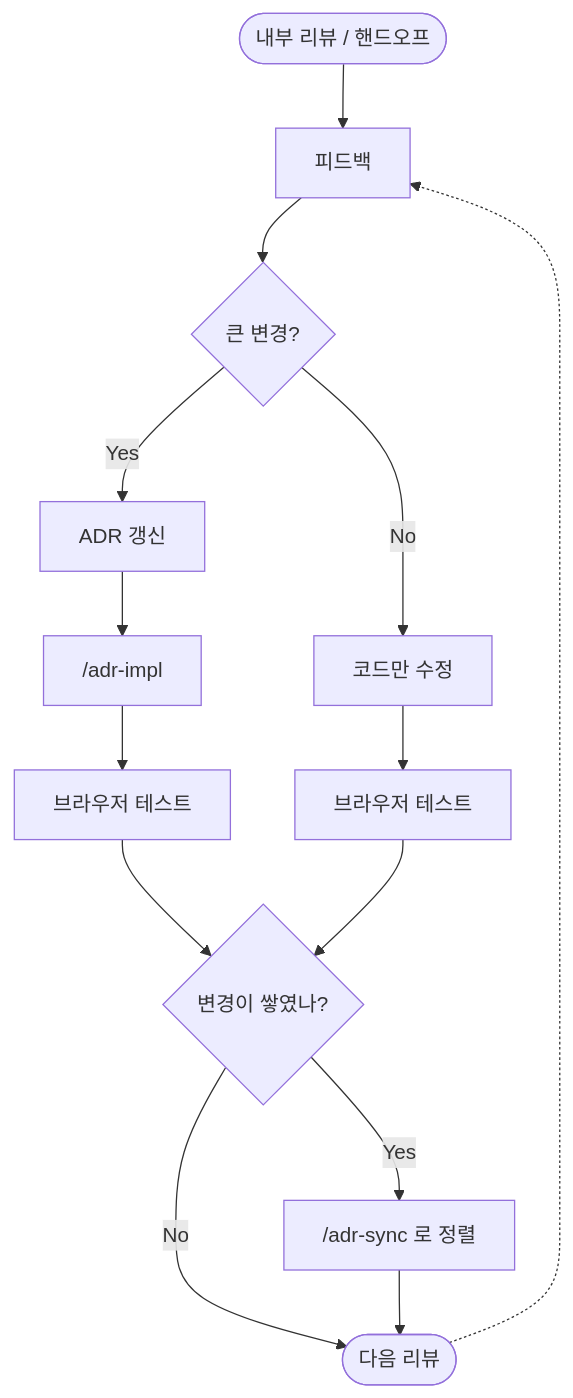
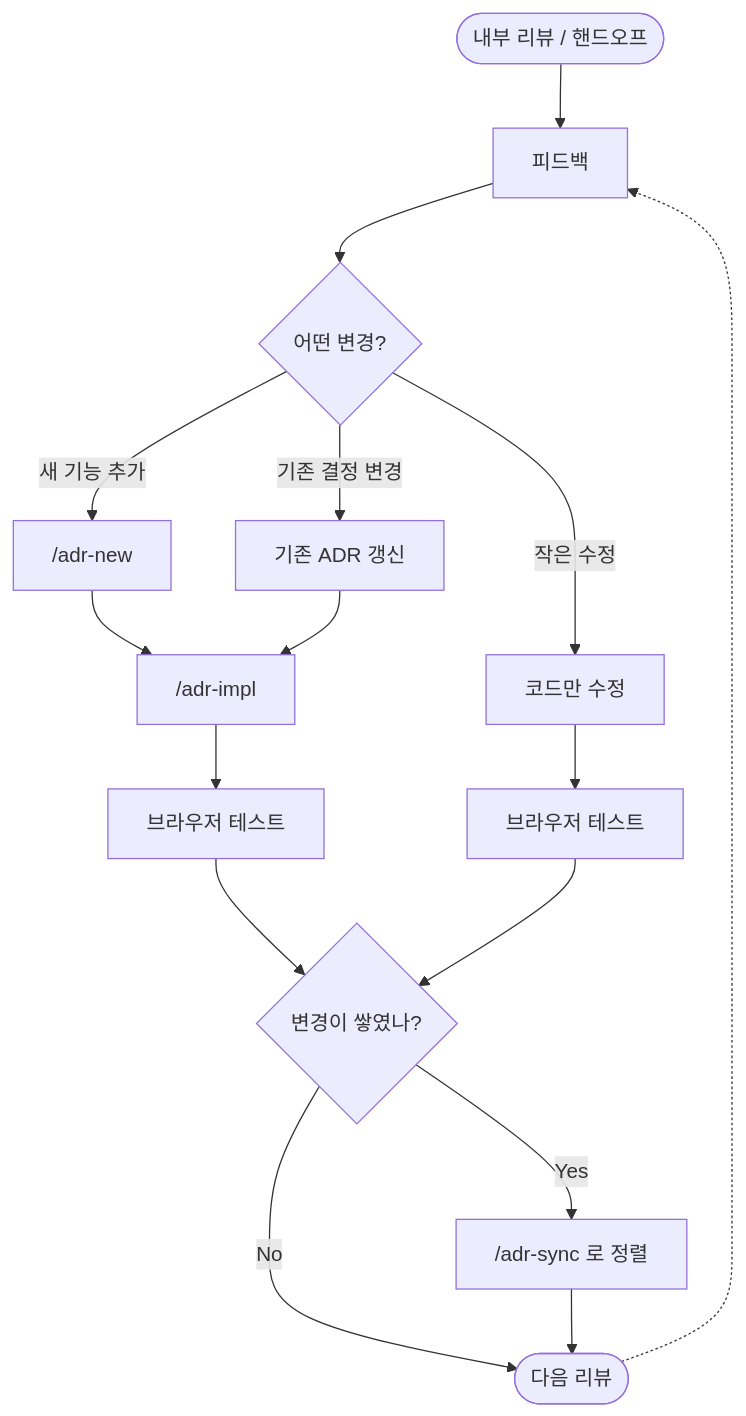
Before and after one commit to haandol/ui-poc-workspace: the diagram in packages/workshop/content/lab-3-development/evolve-poc.ko.md, drawn with Mermaid. The commit also changed other lines of this file and 4 other files, not shown here.

````diff
--- a/packages/workshop/content/lab-3-development/evolve-poc.ko.md
+++ b/packages/workshop/content/lab-3-development/evolve-poc.ko.md
@@ -57,16 +73,18 @@
 ```mermaid
 flowchart TD
     Review([내부 리뷰 / 핸드오프]) --> FB[피드백]
-    FB --> Big{큰 변경?}
-    Big -- Yes --> A1[ADR 갱신]
-    A1 --> Impl["/adr-impl"]
+    FB --> Kind{어떤 변경?}
+    Kind -- 새 기능 추가 --> New["/adr-new"]
+    Kind -- 기존 결정 변경 --> A1[기존 ADR 갱신]
+    Kind -- 작은 수정 --> Code[코드만 수정]
+    New --> Impl["/adr-impl"]
+    A1 --> Impl
     Impl --> Test1[브라우저 테스트]
-    Big -- No --> Code[코드만 수정]
     Code --> Test2[브라우저 테스트]
     Test1 --> Drift{변경이 쌓였나?}
     Test2 --> Drift
     Drift -- Yes --> Sync["/adr-sync 로 정렬"]
     Drift -- No --> Next([다음 리뷰])
     Sync --> Next
     Next -.-> FB
 ```
````
